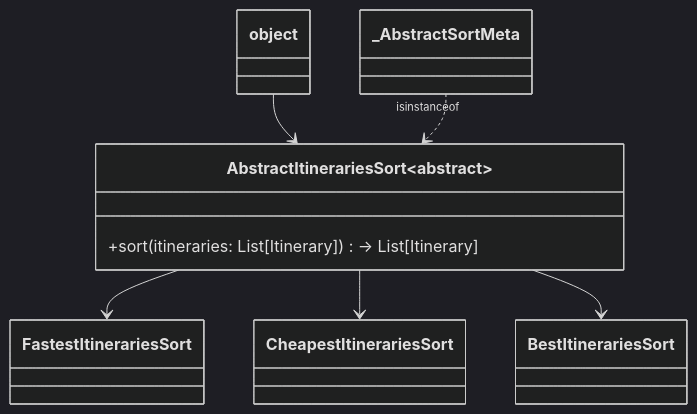
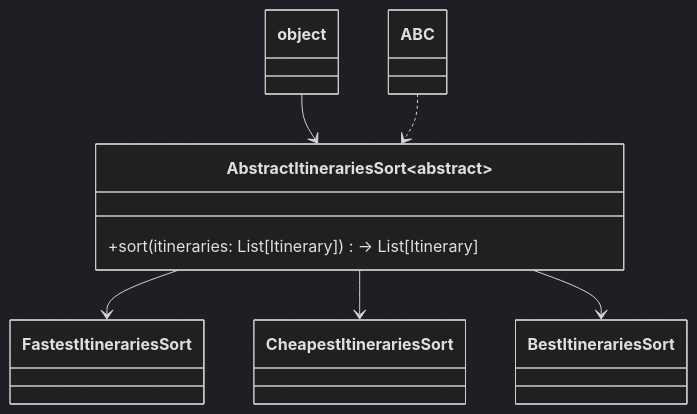
The first of 2 diagrams in README.md (Drakorgaur/kiwi_test), drawn with Mermaid (dark theme) before and after one commit. The commit also changed 1 other file, not shown here.

Commit message:
fix: simplify code by migrating to `__init_subclass__` method from meta-class based `__new__`

````diff
--- a/README.md
+++ b/README.md
@@ -154,18 +154,18 @@
 ```mermaid
 classDiagram
 direction TB
 class object
 class AbstractItinerariesSort~abstract~ {
     +sort(itineraries: List[Itinerary]) -> List[Itinerary]
 }
 class FastestItinerariesSort
 class CheapestItinerariesSort
 class BestItinerariesSort
-class _AbstractSortMeta
+class ABC
 
 object  -->  AbstractItinerariesSort 
-_AbstractSortMeta "isinstanceof" ..>  AbstractItinerariesSort 
+ABC ..>  AbstractItinerariesSort 
 AbstractItinerariesSort  -->  FastestItinerariesSort 
 AbstractItinerariesSort  -->  CheapestItinerariesSort 
 AbstractItinerariesSort  -->  BestItinerariesSort 
 ```
````
